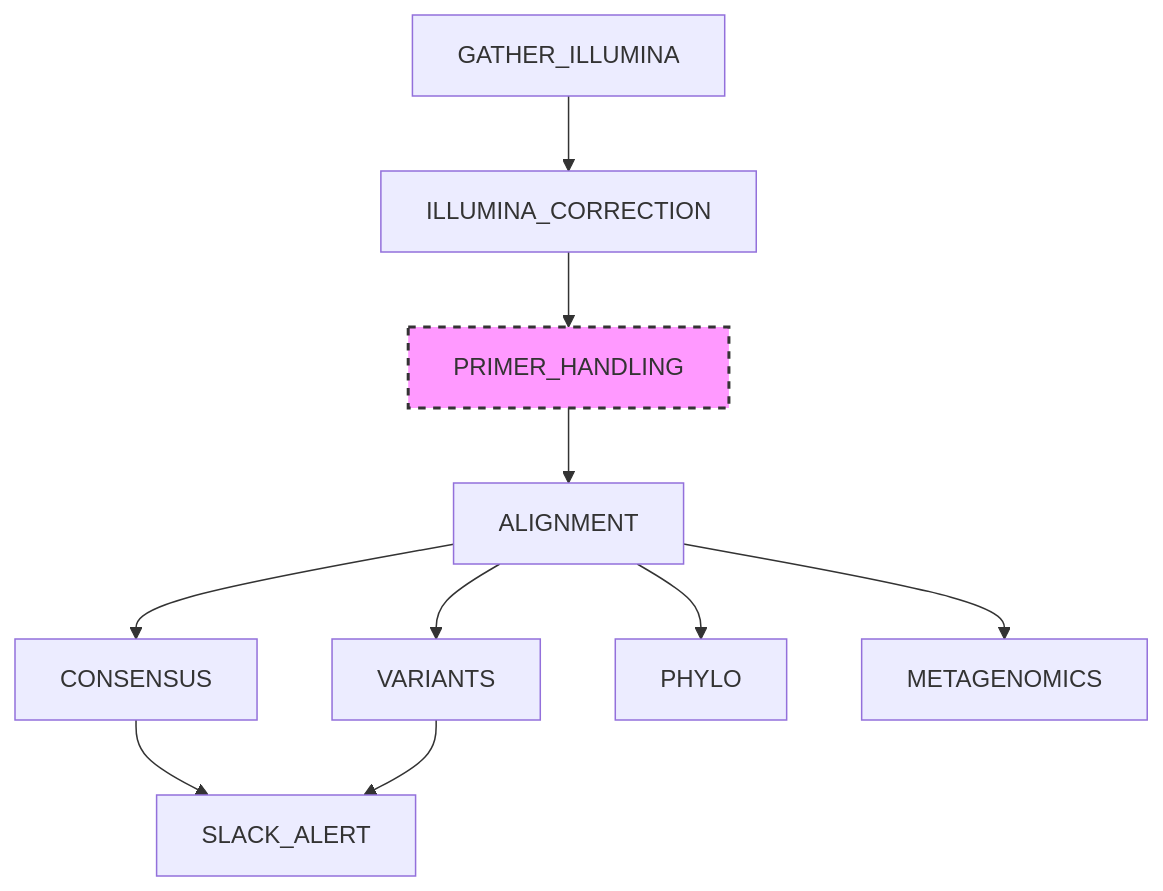
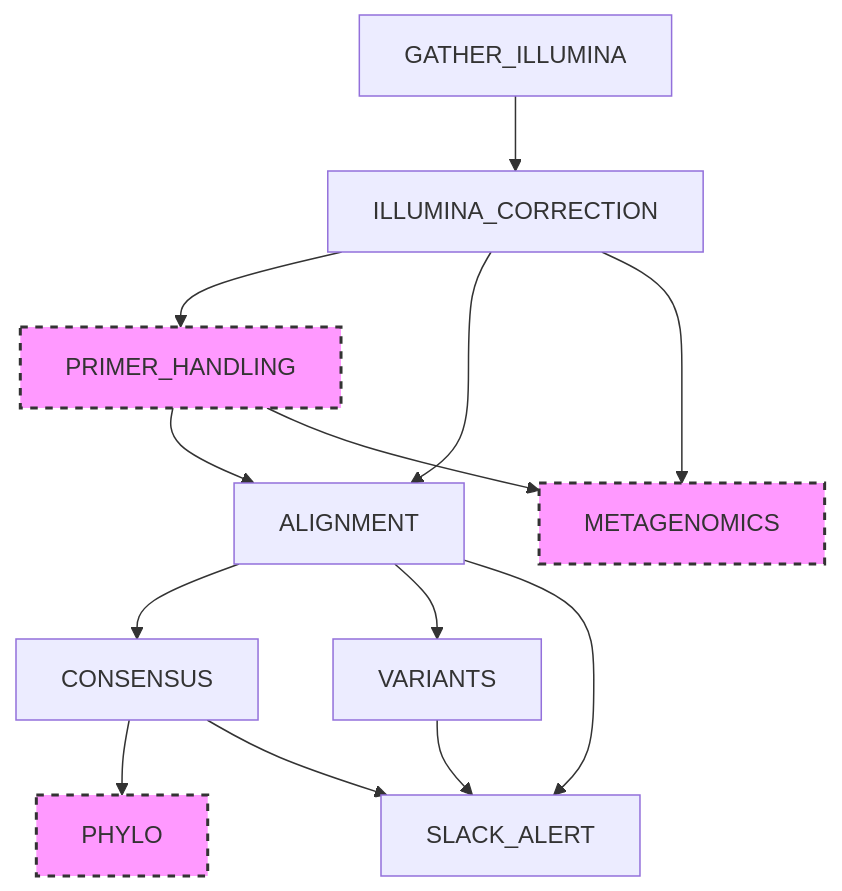
One commit to nrminor/oneroof changed the second of 13 diagrams in docs/pipeline_architecture.md. Above: the diagram before and after it, drawn with Mermaid. The commit also changed other lines of this file and 18 other files, not shown here.

````diff
--- a/docs/pipeline_architecture.md
+++ b/docs/pipeline_architecture.md
@@ -91,14 +102,19 @@
 ``` mermaid
 graph TD
     A[GATHER_ILLUMINA] --> B[ILLUMINA_CORRECTION]
     B --> C[PRIMER_HANDLING]
-    C --> D[ALIGNMENT]
+    B --> D[ALIGNMENT]
+    C --> D
+    B --> G[METAGENOMICS]
+    C --> G
     D --> E[CONSENSUS]
     D --> F[VARIANTS]
-    D --> G[PHYLO]
-    D --> H[METAGENOMICS]
-    E --> I[SLACK_ALERT]
+    E --> H[PHYLO]
+    D --> I[SLACK_ALERT]
+    E --> I
     F --> I
 
     style C fill:#f9f,stroke:#333,stroke-width:2px,stroke-dasharray: 5 5
+    style G fill:#f9f,stroke:#333,stroke-width:2px,stroke-dasharray: 5 5
+    style H fill:#f9f,stroke:#333,stroke-width:2px,stroke-dasharray: 5 5
 ```
````
